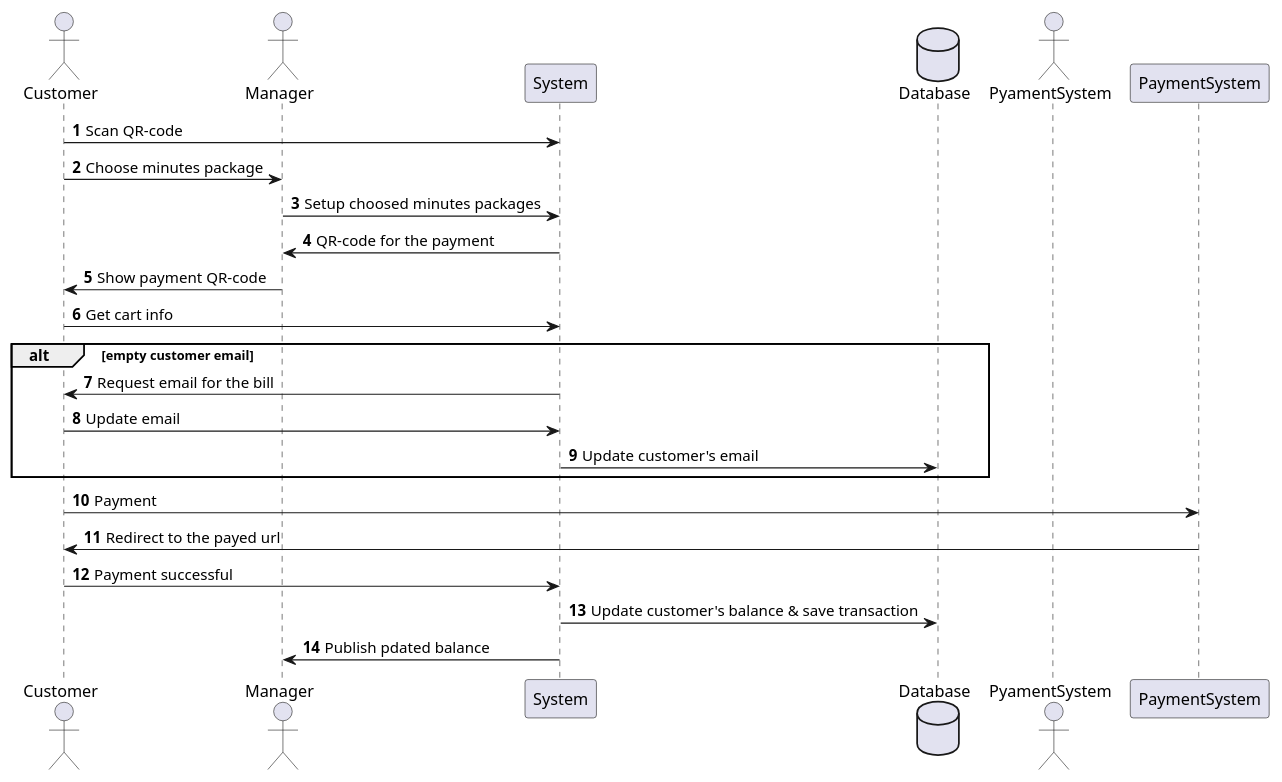
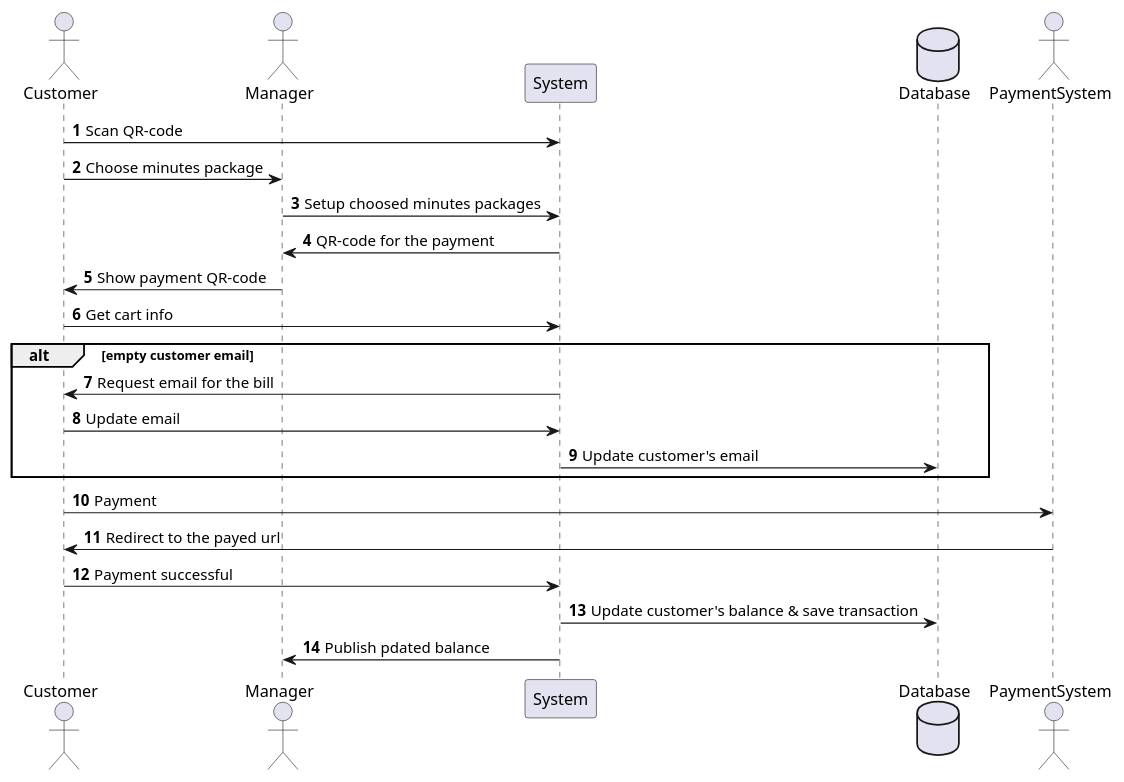
One commit to scipunch/notes changed the diagram in projects/cyberpass/Technical requirements V2.md. Above: the diagram before and after it, drawn with PlantUML. The commit also changed other lines of this file, not shown here.

Commit message:
vault backup: 2024-09-02 16:30:02

````diff
--- a/projects/cyberpass/Technical requirements V2.md
+++ b/projects/cyberpass/Technical requirements V2.md
@@ -1,25 +1,25 @@
 ```plantuml
 actor Customer
 actor Manager
 participant System
 database Database
-actor PyamentSystem
+actor PaymentSystem
 
 autonumber
 Customer -> System : Scan QR-code
 Customer -> Manager : Choose minutes package
 Manager -> System : Setup choosed minutes packages
 System -> Manager : QR-code for the payment
 Manager -> Customer : Show payment QR-code
 Customer -> System : Get cart info
 alt empty customer email
 	System -> Customer : Request email for the bill
 	Customer -> System : Update email
 	System -> Database : Update customer's email
 end
 Customer -> PaymentSystem : Payment
 PaymentSystem -> Customer : Redirect to the payed url
 Customer -> System : Payment successful
 System -> Database : Update customer's balance & save transaction
 System -> Manager : Publish pdated balance
 ```
````
